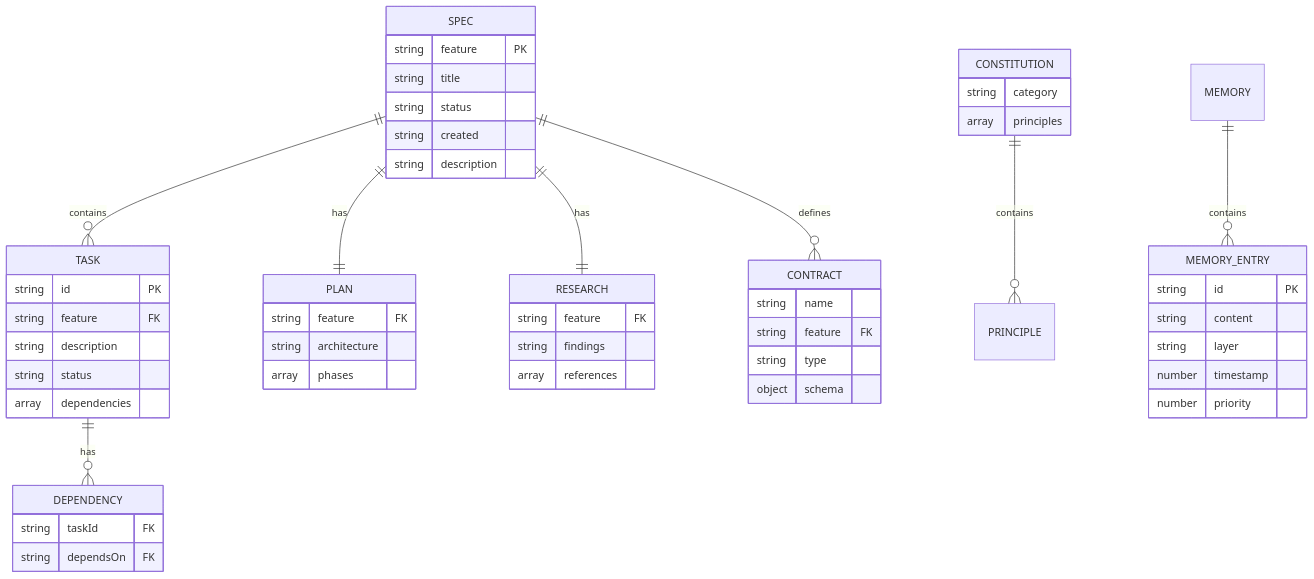
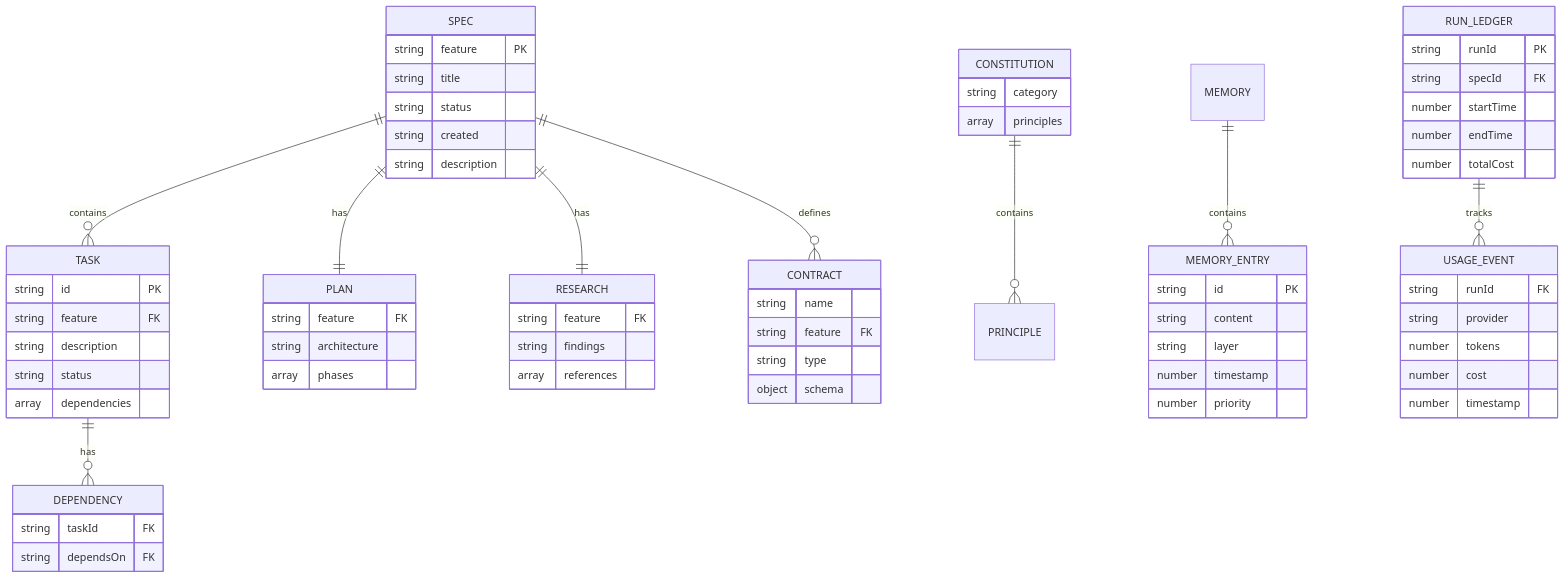
The diagram in .tech-docs/data-model.md (eai-tools/eai-gofer), drawn with Mermaid before and after one commit. The commit also changed other lines of this file and 6 other files, not shown here.

````diff
--- a/.tech-docs/data-model.md
+++ b/.tech-docs/data-model.md
@@ -12,63 +12,80 @@
 ```mermaid
 erDiagram
     SPEC ||--o{ TASK : contains
     SPEC ||--|| PLAN : has
     SPEC ||--|| RESEARCH : has
     SPEC ||--o{ CONTRACT : defines
     CONSTITUTION ||--o{ PRINCIPLE : contains
     MEMORY ||--o{ MEMORY_ENTRY : contains
     TASK ||--o{ DEPENDENCY : has
+    RUN_LEDGER ||--o{ USAGE_EVENT : tracks
 
     SPEC {
         string feature PK
         string title
         string status
         string created
         string description
     }
 
     TASK {
         string id PK
         string feature FK
         string description
         string status
         array dependencies
     }
 
     PLAN {
         string feature FK
         string architecture
         array phases
     }
 
     RESEARCH {
         string feature FK
         string findings
         array references
     }
 
     CONTRACT {
         string name
         string feature FK
         string type
         object schema
     }
 
     CONSTITUTION {
         string category
         array principles
     }
 
     MEMORY_ENTRY {
         string id PK
         string content
         string layer
         number timestamp
         number priority
     }
 
     DEPENDENCY {
         string taskId FK
         string dependsOn FK
     }
+
+    RUN_LEDGER {
+        string runId PK
+        string specId FK
+        number startTime
+        number endTime
+        number totalCost
+    }
+
+    USAGE_EVENT {
+        string runId FK
+        string provider
+        number tokens
+        number cost
+        number timestamp
+    }
 ```
````
